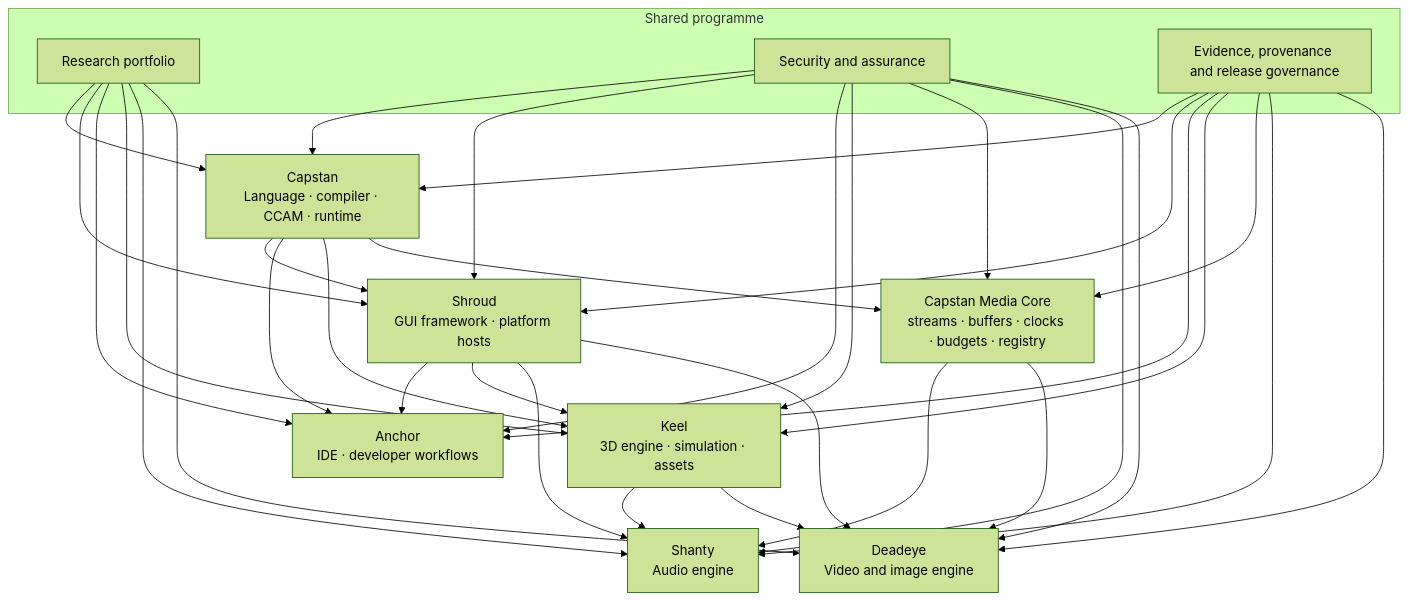
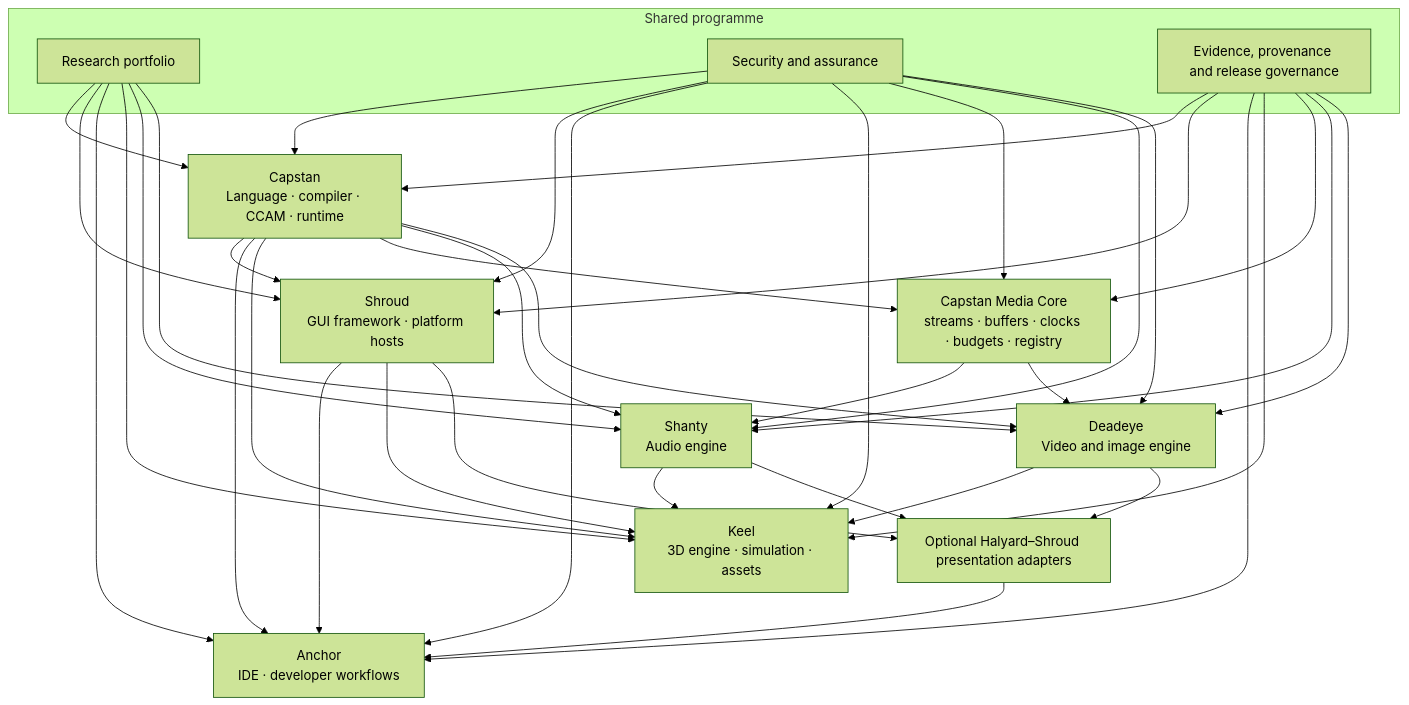
One commit to DavidFernee/Capstan changed the diagram in docs/programme/README.md. Above: the diagram before and after it, drawn with Mermaid (forest theme). The commit also changed other lines of this file, not shown here.

Commit message:
docs(programme): correct media and adapter dependency directions

````diff
--- a/docs/programme/README.md
+++ b/docs/programme/README.md
@@ -30,50 +30,55 @@
 ```mermaid
 flowchart TB
   subgraph shared["Shared programme"]
     R["Research portfolio"]
     A["Security and assurance"]
     E["Evidence, provenance and release governance"]
   end
 
   C["Capstan\nLanguage · compiler · CCAM · runtime"]
   S["Shroud\nGUI framework · platform hosts"]
   N["Anchor\nIDE · developer workflows"]
   K["Keel\n3D engine · simulation · assets"]
   MC["Capstan Media Core\nstreams · buffers · clocks · budgets · registry"]
   SH["Shanty\nAudio engine"]
   DE["Deadeye\nVideo and image engine"]
+  HA["Optional Halyard–Shroud presentation adapters"]
 
   C --> S
   C --> N
   S --> N
   C --> K
   S --> K
   C --> MC
+  C --> SH
+  C --> DE
   MC --> SH
   MC --> DE
-  S --> SH
-  S --> DE
-  K --> SH
-  K --> DE
+  SH --> K
+  DE --> K
+  S --> HA
+  SH --> HA
+  DE --> HA
+  HA --> N
 
   R --> C
   R --> S
   R --> N
   R --> K
   R --> SH
   R --> DE
   A --> C
   A --> S
   A --> N
   A --> K
   A --> MC
   A --> SH
   A --> DE
   E --> C
   E --> S
   E --> N
   E --> K
   E --> MC
   E --> SH
   E --> DE
 ```
````
